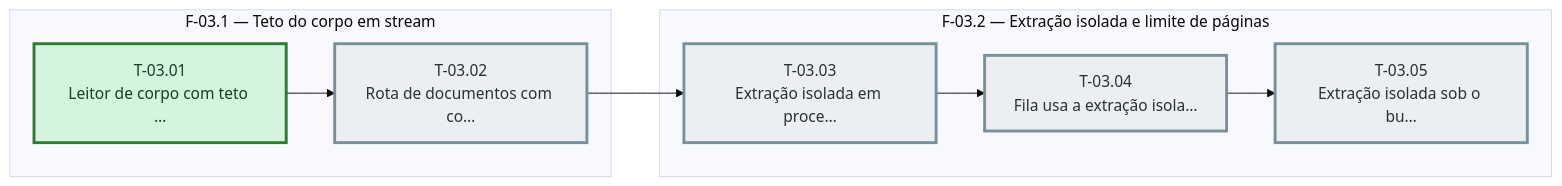
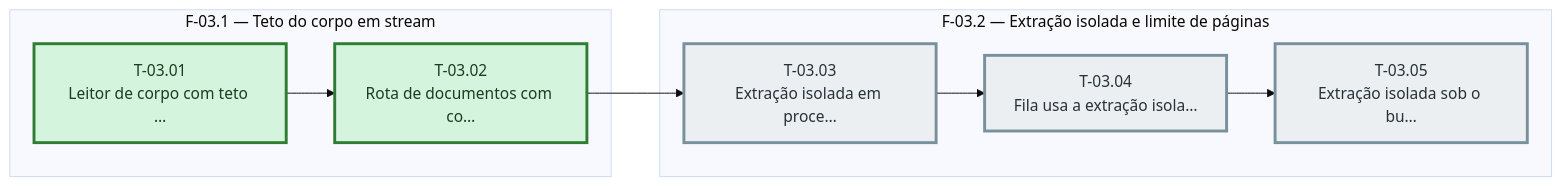
Before and after one commit to bittencourtthulio/converse-chatbot: the diagram in docs/robustez-de-midia-e-operacao/sprint-03/fases.md, drawn with Mermaid (base theme). The commit also changed 4 other files, not shown here.

````diff
--- a/docs/robustez-de-midia-e-operacao/sprint-03/fases.md
+++ b/docs/robustez-de-midia-e-operacao/sprint-03/fases.md
@@ -31,27 +31,28 @@
 ```mermaid
 %% Grafo de tasks — sprint-03 — gerado pela sprintx a partir de tasks.md
 flowchart LR
   subgraph fase_03_1["F-03.1 — Teto do corpo em stream"]
     T_03_01["T-03.01<br/>Leitor de corpo com teto …"]
     T_03_02["T-03.02<br/>Rota de documentos com co…"]
   end
   subgraph fase_03_2["F-03.2 — Extração isolada e limite de páginas"]
     T_03_03["T-03.03<br/>Extração isolada em proce…"]
     T_03_04["T-03.04<br/>Fila usa a extração isola…"]
     T_03_05["T-03.05<br/>Extração isolada sob o bu…"]
   end
   T_03_01 --> T_03_02
   T_03_02 --> T_03_03
   T_03_03 --> T_03_04
   T_03_04 --> T_03_05
 
   classDef concluida fill:#d4f4dd,stroke:#2e7d32,color:#1b3d20
   classDef andamento fill:#fff3cd,stroke:#b8860b,color:#4a3800
   classDef bloqueada fill:#f8d7da,stroke:#c62828,color:#4a1d1f
   classDef pendente  fill:#eceff1,stroke:#78909c,color:#263238
   classDef critico   stroke-width:3px
 
-  class T_03_02,T_03_03,T_03_04,T_03_05 pendente
+  class T_03_03,T_03_04,T_03_05 pendente
   class T_03_01 concluida
+  class T_03_02 concluida
   class T_03_01,T_03_02,T_03_03,T_03_04,T_03_05 critico
 ```
````
